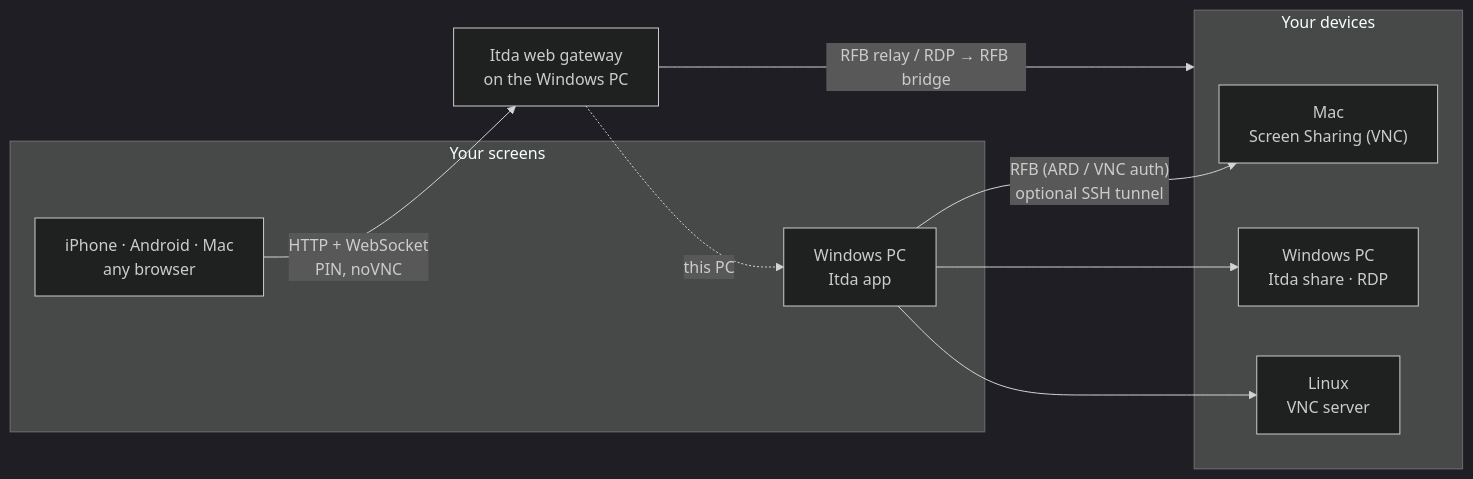
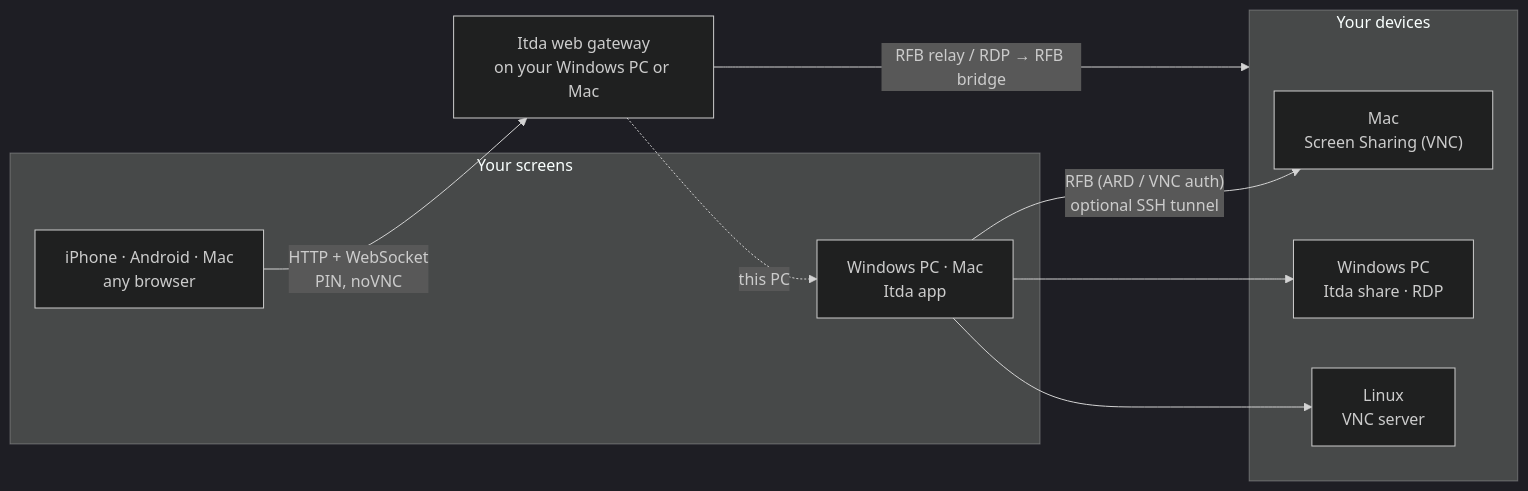
The diagram in README.md (jiunbae/itda), drawn with Mermaid (dark theme) before and after one commit. The commit also changed other lines of this file and 8 other files, not shown here.

````diff
--- a/README.md
+++ b/README.md
@@ -132,18 +182,18 @@
 ```mermaid
 flowchart LR
   subgraph You["Your screens"]
-    W["Windows PC<br/>Itda app"]
+    W["Windows PC · Mac<br/>Itda app"]
     B["iPhone · Android · Mac<br/>any browser"]
   end
   subgraph Targets["Your devices"]
     M["Mac<br/>Screen Sharing (VNC)"]
     P["Windows PC<br/>Itda share · RDP"]
     L["Linux<br/>VNC server"]
   end
   W -- "RFB (ARD / VNC auth)<br/>optional SSH tunnel" --> M
   W --> P
   W --> L
-  B -- "HTTP + WebSocket<br/>PIN, noVNC" --> G["Itda web gateway<br/>on the Windows PC"]
+  B -- "HTTP + WebSocket<br/>PIN, noVNC" --> G["Itda web gateway<br/>on your Windows PC or Mac"]
   G -- "RFB relay / RDP → RFB bridge" --> Targets
   G -. "this PC" .-> W
 ```
````
